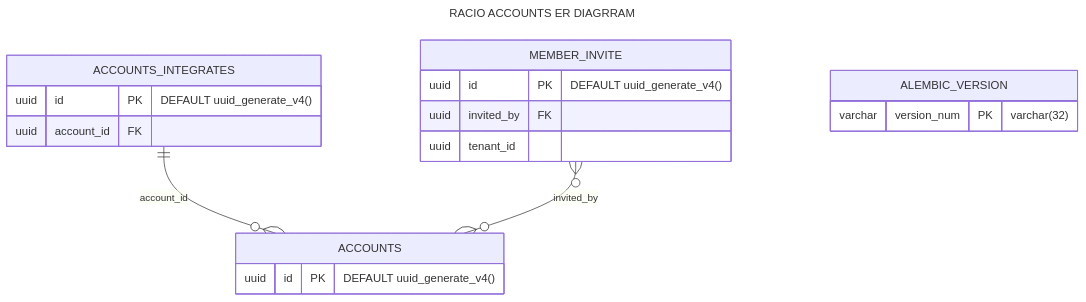
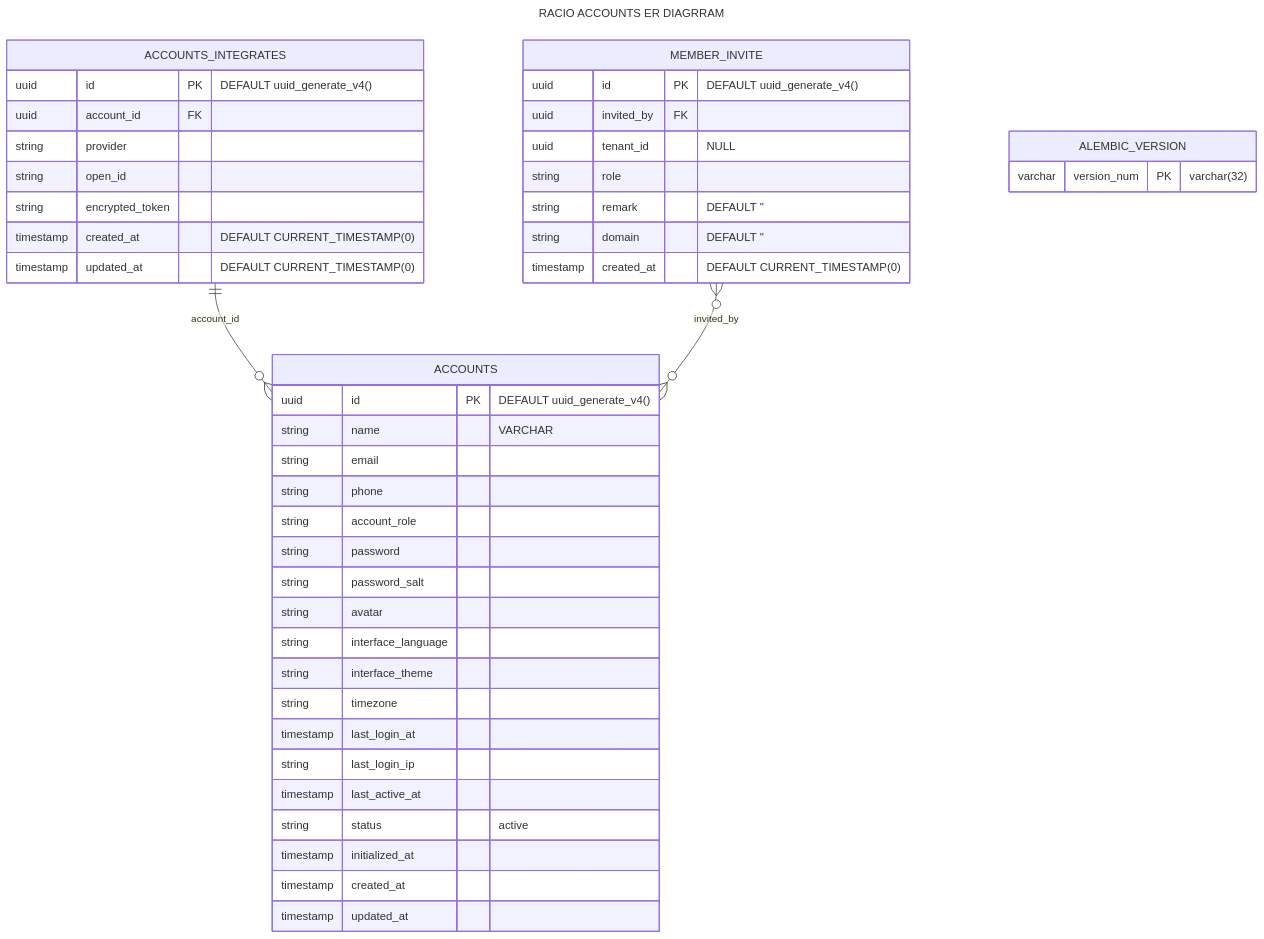
Before and after one commit to vilison/qyl-dify-v3: the first of 2 diagrams in racio-account/account-api/docs/RACIO-DB-ER.md, drawn with Mermaid. The commit also changed other lines of this file, not shown here.

Commit message:
Update docs - racio-db ER Diagram

````diff
--- a/racio-account/account-api/docs/RACIO-DB-ER.md
+++ b/racio-account/account-api/docs/RACIO-DB-ER.md
@@ -5,23 +5,49 @@
 ```mermaid
 ---
 title: RACIO ACCOUNTS ER DIAGRRAM
 --- 
 erDiagram
     ACCOUNTS_INTEGRATES ||--o{ ACCOUNTS : "account_id"
     MEMBER_INVITE }o--o{ ACCOUNTS : "invited_by"
     ACCOUNTS {
         uuid id PK "DEFAULT uuid_generate_v4()"
+        string name "VARCHAR"
+        string email 
+        string phone 
+        string account_role 
+        string password  
+        string password_salt  
+        string avatar 
+        string interface_language 
+        string interface_theme  
+        string timezone  
+        timestamp last_login_at 
+        string last_login_ip 
+        timestamp last_active_at
+        string status "active"
+        timestamp initialized_at
+        timestamp created_at
+        timestamp updated_at
     }
     ACCOUNTS_INTEGRATES {
         uuid id PK "DEFAULT uuid_generate_v4()"
         uuid account_id FK
+        string provider 
+        string open_id 
+        string encrypted_token
+        timestamp created_at "DEFAULT CURRENT_TIMESTAMP(0)"
+        timestamp updated_at "DEFAULT CURRENT_TIMESTAMP(0)"
     }
     MEMBER_INVITE {
         uuid id PK "DEFAULT uuid_generate_v4()"
         uuid invited_by FK 
-        uuid tenant_id 
+        uuid tenant_id "NULL"
+        string role
+        string remark "DEFAULT ''"
+        string domain "DEFAULT ''"
+        timestamp created_at "DEFAULT CURRENT_TIMESTAMP(0)"
     }
     ALEMBIC_VERSION {
         varchar version_num PK "varchar(32)"
     }
 ```
````
